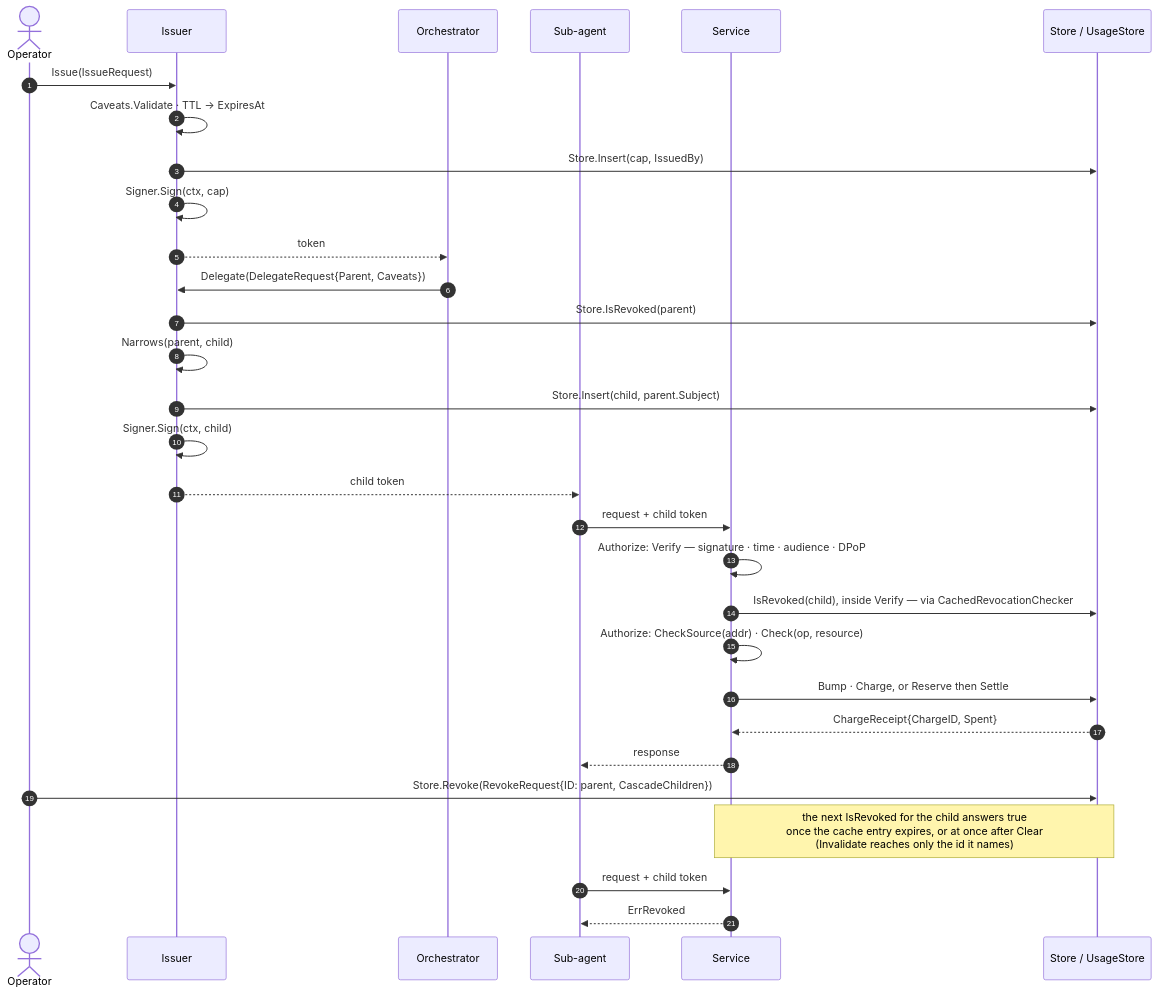
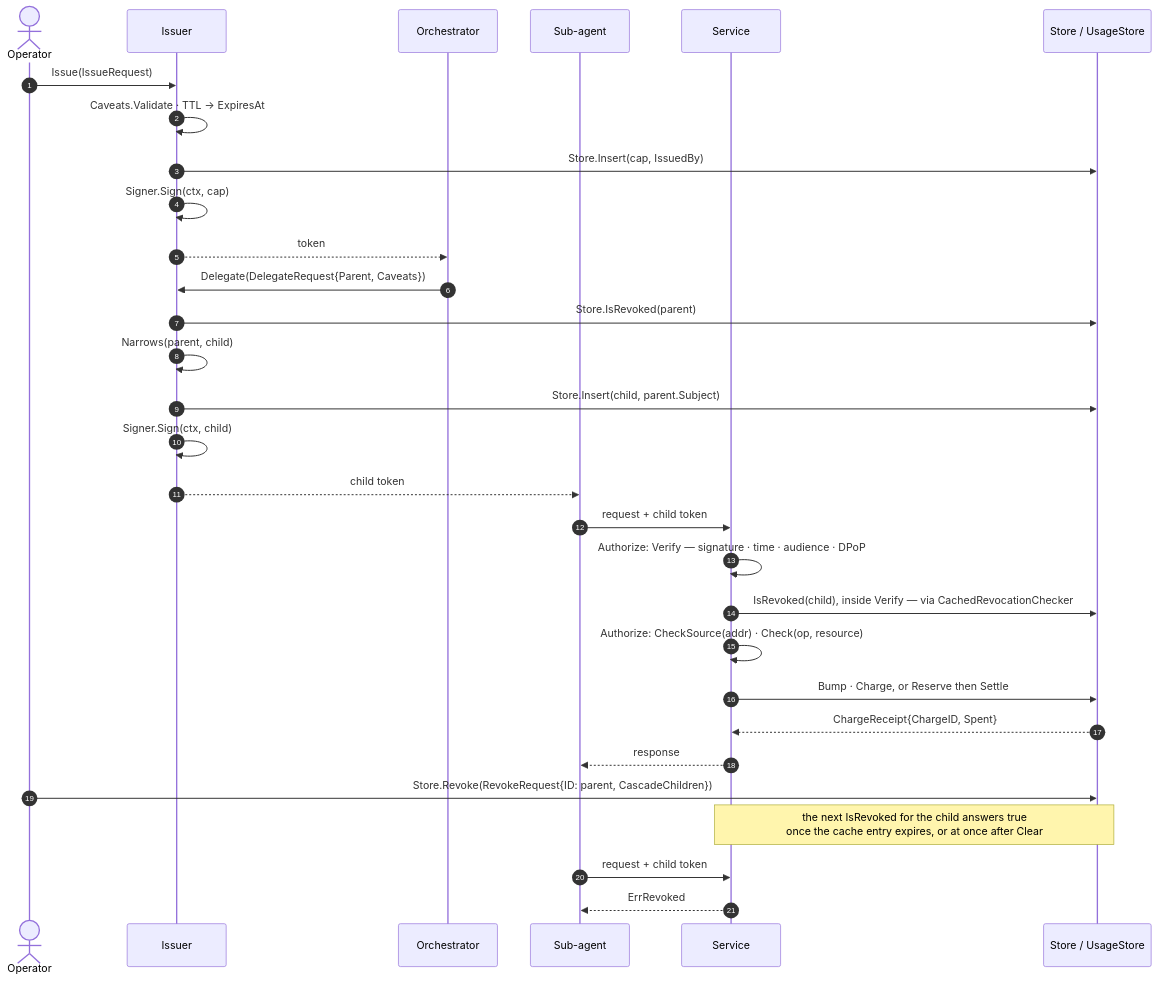
One commit to oleg-tkachuk/limes changed the second of 11 diagrams in docs/diagrams.md. Above: the diagram before and after it, drawn with Mermaid. The commit also changed other lines of this file and 5 other files, not shown here.

First line of the commit message:
fix(cache)!: drop CachedRevocationChecker.Invalidate, which missed descendants

````diff
--- a/docs/diagrams.md
+++ b/docs/diagrams.md
@@ -111,36 +111,36 @@
 ```mermaid
 sequenceDiagram
     autonumber
     actor Op as Operator
     participant I as Issuer
     participant O as Orchestrator
     participant W as Sub-agent
     participant S as Service
     participant St as Store / UsageStore
 
     Op->>I: Issue(IssueRequest)
     I->>I: Caveats.Validate · TTL → ExpiresAt
     I->>St: Store.Insert(cap, IssuedBy)
     I->>I: Signer.Sign(ctx, cap)
     I-->>O: token
 
     O->>I: Delegate(DelegateRequest{Parent, Caveats})
     I->>St: Store.IsRevoked(parent)
     I->>I: Narrows(parent, child)
     I->>St: Store.Insert(child, parent.Subject)
     I->>I: Signer.Sign(ctx, child)
     I-->>W: child token
 
     W->>S: request + child token
     S->>S: Authorize: Verify — signature · time · audience · DPoP
     S->>St: IsRevoked(child), inside Verify — via CachedRevocationChecker
     S->>S: Authorize: CheckSource(addr) · Check(op, resource)
     S->>St: Bump · Charge, or Reserve then Settle
     St-->>S: ChargeReceipt{ChargeID, Spent}
     S-->>W: response
 
     Op->>St: Store.Revoke(RevokeRequest{ID: parent, CascadeChildren})
-    Note over S,St: the next IsRevoked for the child answers true<br/>once the cache entry expires, or at once after Clear<br/>(Invalidate reaches only the id it names)
+    Note over S,St: the next IsRevoked for the child answers true<br/>once the cache entry expires, or at once after Clear
     W->>S: request + child token
     S-->>W: ErrRevoked
 ```
````
